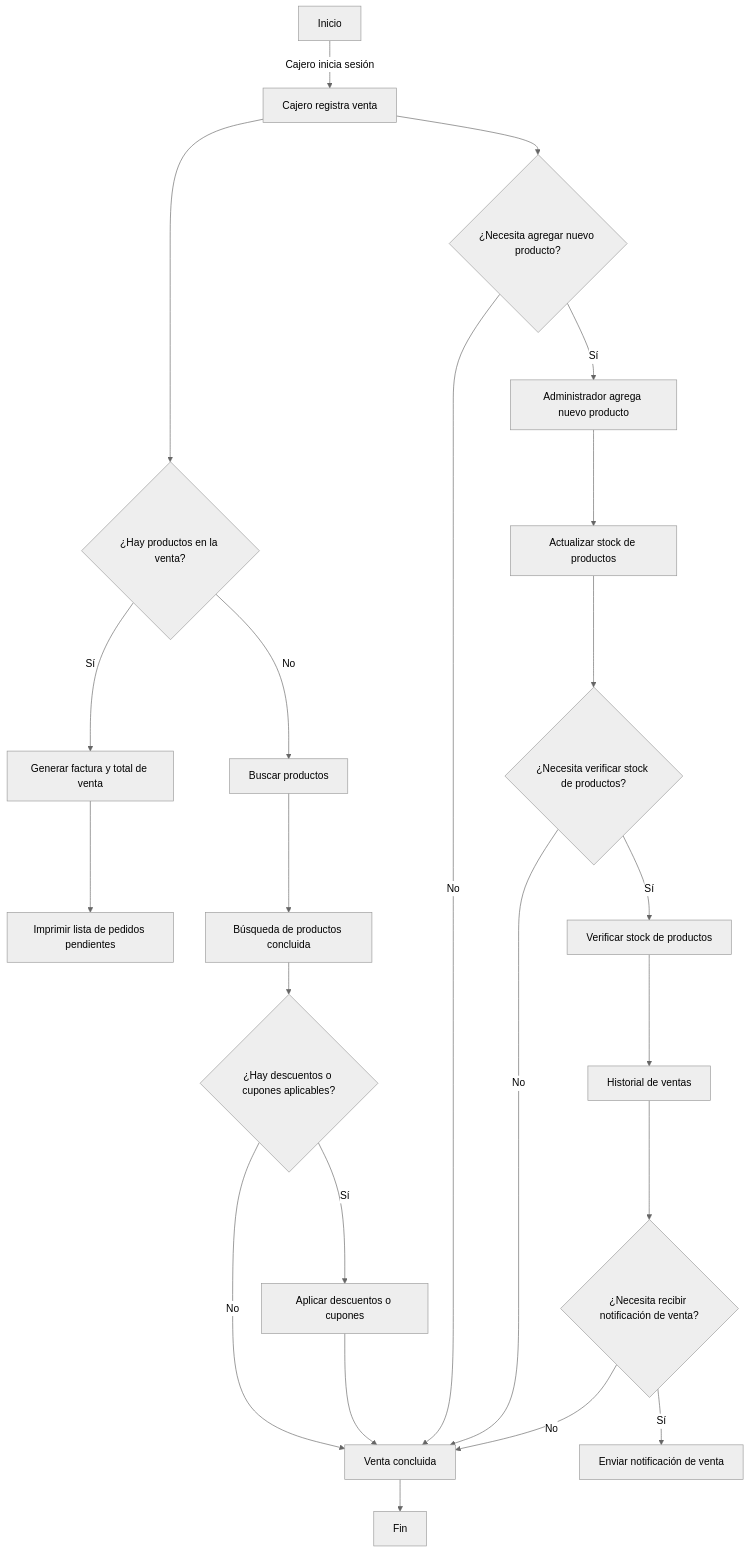
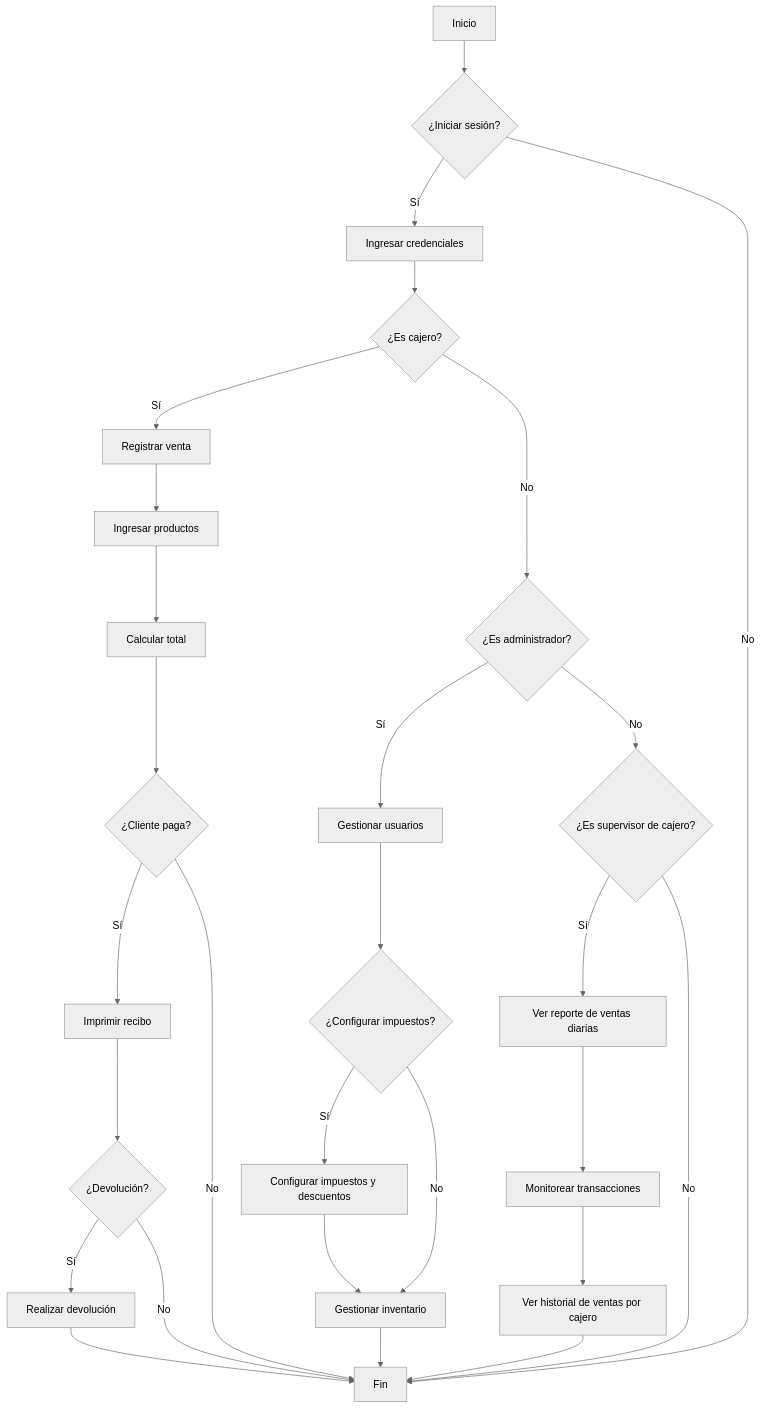
One commit to paoloVD21/taller changed the diagram in diagram.mmd. Above: the diagram before and after it, drawn with Mermaid (neutral theme). The commit also changed 9 other files, not shown here.

Commit message:
Agregado de diagrama de clases y entidad relacion

```diff
--- a/diagram.mmd
+++ b/diagram.mmd
@@ -1,23 +1,28 @@
 flowchart TD
-    A[Inicio] -->|Cajero inicia sesión| B[Cajero registra venta]
-    B --> C{¿Hay productos en la venta?}
-    C -->|Sí| D[Generar factura y total de venta]
-    C -->|No| E[Buscar productos]
-    D --> F[Imprimir lista de pedidos pendientes]
-    E --> G[Búsqueda de productos concluida]
-    G --> H{¿Hay descuentos o cupones aplicables?}
-    H -->|Sí| I[Aplicar descuentos o cupones]
-    H -->|No| J[Venta concluida]
-    I --> J
-    B --> K{¿Necesita agregar nuevo producto?}
-    K -->|Sí| L[Administrador agrega nuevo producto]
-    K -->|No| J
-    L --> M[Actualizar stock de productos]
-    M --> N{¿Necesita verificar stock de productos?}
-    N -->|Sí| O[Verificar stock de productos]
-    N -->|No| J
-    O --> P[Historial de ventas]
-    P --> Q{¿Necesita recibir notificación de venta?}
-    Q -->|Sí| R[Enviar notificación de venta]
-    Q -->|No| J
-    J --> S[Fin]
+    A[Inicio] --> B{¿Iniciar sesión?}
+    B -->|Sí| C[Ingresar credenciales]
+    C --> D{¿Es cajero?}
+    D -->|Sí| E[Registrar venta]
+    E --> F[Ingresar productos]
+    F --> G[Calcular total]
+    G --> H{¿Cliente paga?}
+    H -->|Sí| I[Imprimir recibo]
+    I --> J{¿Devolución?}
+    J -->|Sí| K[Realizar devolución]
+    K --> L[Fin]
+    J -->|No| L
+    H -->|No| L
+    D -->|No| M{¿Es administrador?}
+    M -->|Sí| N[Gestionar usuarios]
+    N --> O{¿Configurar impuestos?}
+    O -->|Sí| P[Configurar impuestos y descuentos]
+    P --> Q[Gestionar inventario]
+    Q --> L
+    O -->|No| Q
+    M -->|No| R{¿Es supervisor de cajero?}
+    R -->|Sí| S[Ver reporte de ventas diarias]
+    S --> T[Monitorear transacciones]
+    T --> U[Ver historial de ventas por cajero]
+    U --> L
+    R -->|No| L
+    B -->|No| L
```
